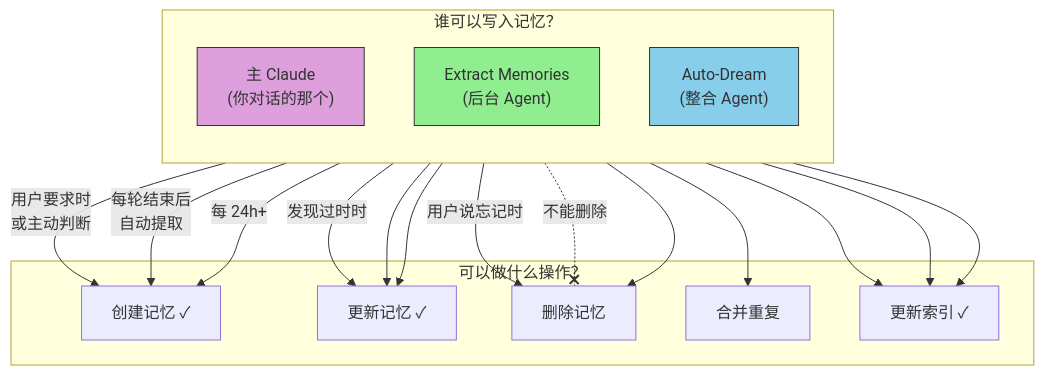
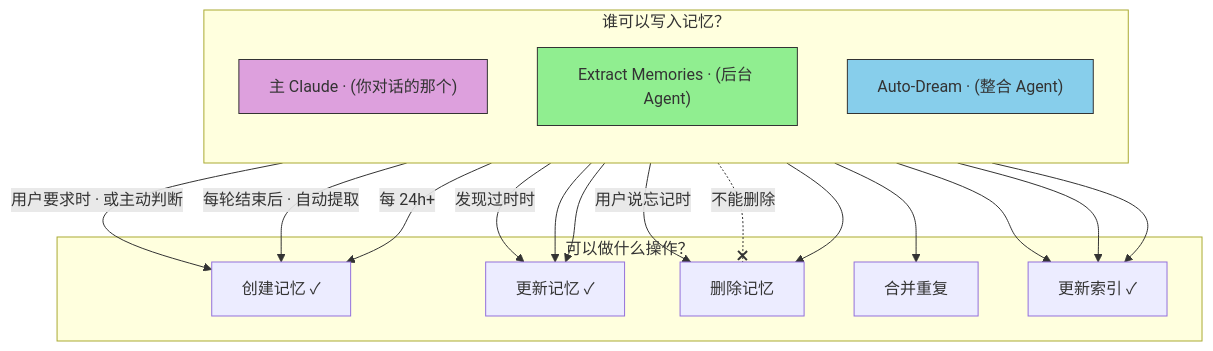
One commit to turf0909/sleep-code changed diagram 18 of 30 in CLAUDE_CODE_BOOK.md. Above: the diagram before and after it, drawn with Mermaid. The commit also changed other lines of this file, not shown here.

First line of the commit message:
docs: major expansion and fact-check of Claude Code architecture book

````diff
--- a/CLAUDE_CODE_BOOK.md
+++ b/CLAUDE_CODE_BOOK.md
@@ -2042,37 +3187,37 @@
 ```mermaid
 flowchart TD
     subgraph "谁可以写入记忆？"
         direction TB
-        MAIN["主 Claude<br/>(你对话的那个)"]
-        EM["Extract Memories<br/>(后台 Agent)"]
-        AD["Auto-Dream<br/>(整合 Agent)"]
+        MAIN["主 Claude · (你对话的那个)"]
+        EM["Extract Memories · (后台 Agent)"]
+        AD["Auto-Dream · (整合 Agent)"]
     end
 
     subgraph "可以做什么操作？"
         CREATE["创建记忆 ✓"]
         UPDATE["更新记忆 ✓"]
         DELETE["删除记忆"]
         MERGE["合并重复"]
         INDEX["更新索引 ✓"]
     end
 
-    MAIN -->|"用户要求时<br/>或主动判断"| CREATE
+    MAIN -->|"用户要求时 · 或主动判断"| CREATE
     MAIN -->|"发现过时时"| UPDATE
     MAIN -->|"用户说忘记时"| DELETE
     MAIN --> INDEX
 
-    EM -->|"每轮结束后<br/>自动提取"| CREATE
+    EM -->|"每轮结束后 · 自动提取"| CREATE
     EM --> UPDATE
     EM --> INDEX
     EM -.-x|"不能删除"| DELETE
 
     AD -->|"每 24h+"| CREATE
     AD --> UPDATE
     AD --> DELETE
     AD --> MERGE
     AD --> INDEX
 
     style MAIN fill:#DDA0DD,stroke:#333,color:#333
     style EM fill:#90EE90,stroke:#333,color:#333
     style AD fill:#87CEEB,stroke:#333,color:#333
 ```
````
